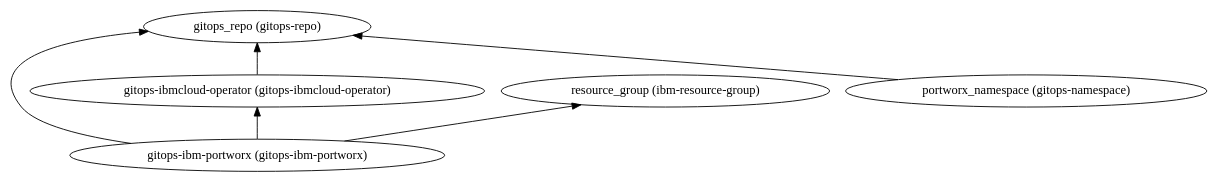
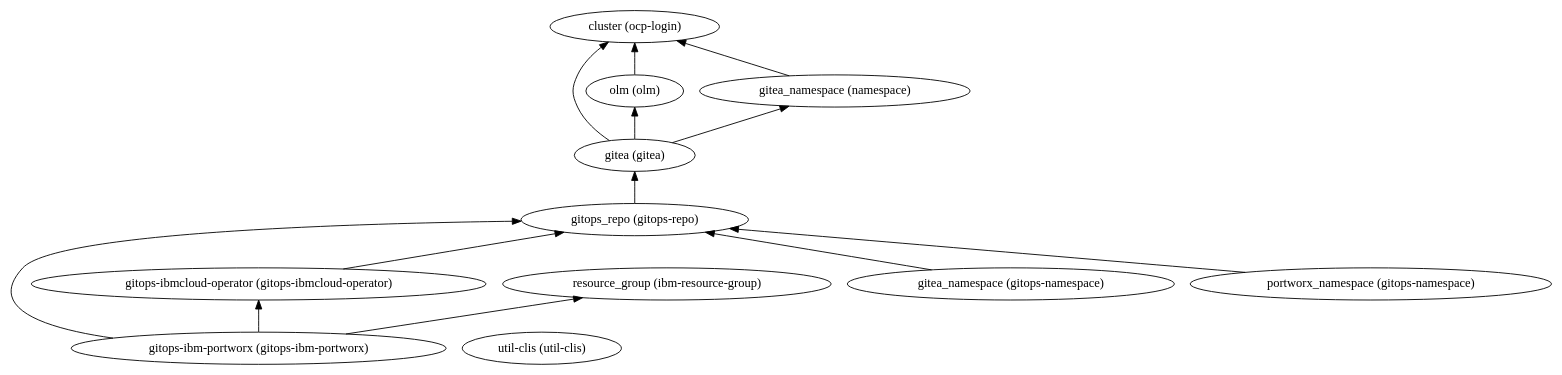
One commit to IBM/automation-data-foundation changed the diagram in 210-ibm-portworx-storage/dependencies.dot. Above: the diagram before and after it, drawn with Graphviz. The commit also changed 103 other files, not shown here.

```diff
--- a/210-ibm-portworx-storage/dependencies.dot
+++ b/210-ibm-portworx-storage/dependencies.dot
@@ -1,13 +1,26 @@
 digraph {
     rankdir="BT"
-    "gitops-ibm-portworx (gitops-ibm-portworx)" -> "gitops_repo (gitops-repo)"
+    "gitea (gitea)" -> "cluster (ocp-login)"
+"gitea (gitea)" -> "olm (olm)"
+"gitea (gitea)" -> "gitea_namespace (namespace)"
+"gitea (gitea)"
+"cluster (ocp-login)"
+"olm (olm)" -> "cluster (ocp-login)"
+"olm (olm)"
+"gitea_namespace (namespace)" -> "cluster (ocp-login)"
+"gitea_namespace (namespace)"
+"gitops-ibm-portworx (gitops-ibm-portworx)" -> "gitops_repo (gitops-repo)"
 "gitops-ibm-portworx (gitops-ibm-portworx)" -> "gitops-ibmcloud-operator (gitops-ibmcloud-operator)"
 "gitops-ibm-portworx (gitops-ibm-portworx)" -> "resource_group (ibm-resource-group)"
 "gitops-ibm-portworx (gitops-ibm-portworx)"
+"gitops_repo (gitops-repo)" -> "gitea (gitea)"
 "gitops_repo (gitops-repo)"
 "gitops-ibmcloud-operator (gitops-ibmcloud-operator)" -> "gitops_repo (gitops-repo)"
 "gitops-ibmcloud-operator (gitops-ibmcloud-operator)"
 "resource_group (ibm-resource-group)"
+"gitea_namespace (gitops-namespace)" -> "gitops_repo (gitops-repo)"
+"gitea_namespace (gitops-namespace)"
 "portworx_namespace (gitops-namespace)" -> "gitops_repo (gitops-repo)"
 "portworx_namespace (gitops-namespace)"
+"util-clis (util-clis)"
   }
```
